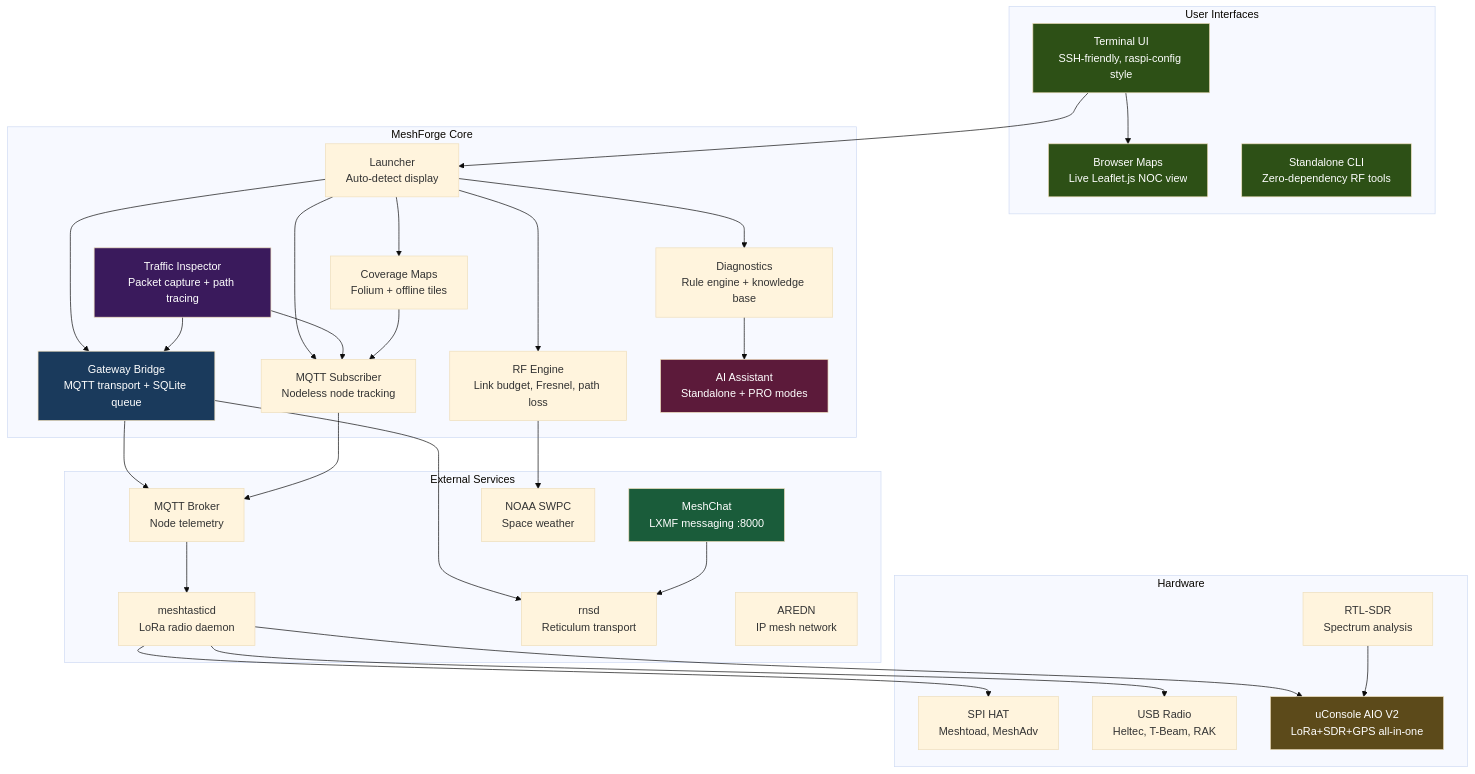
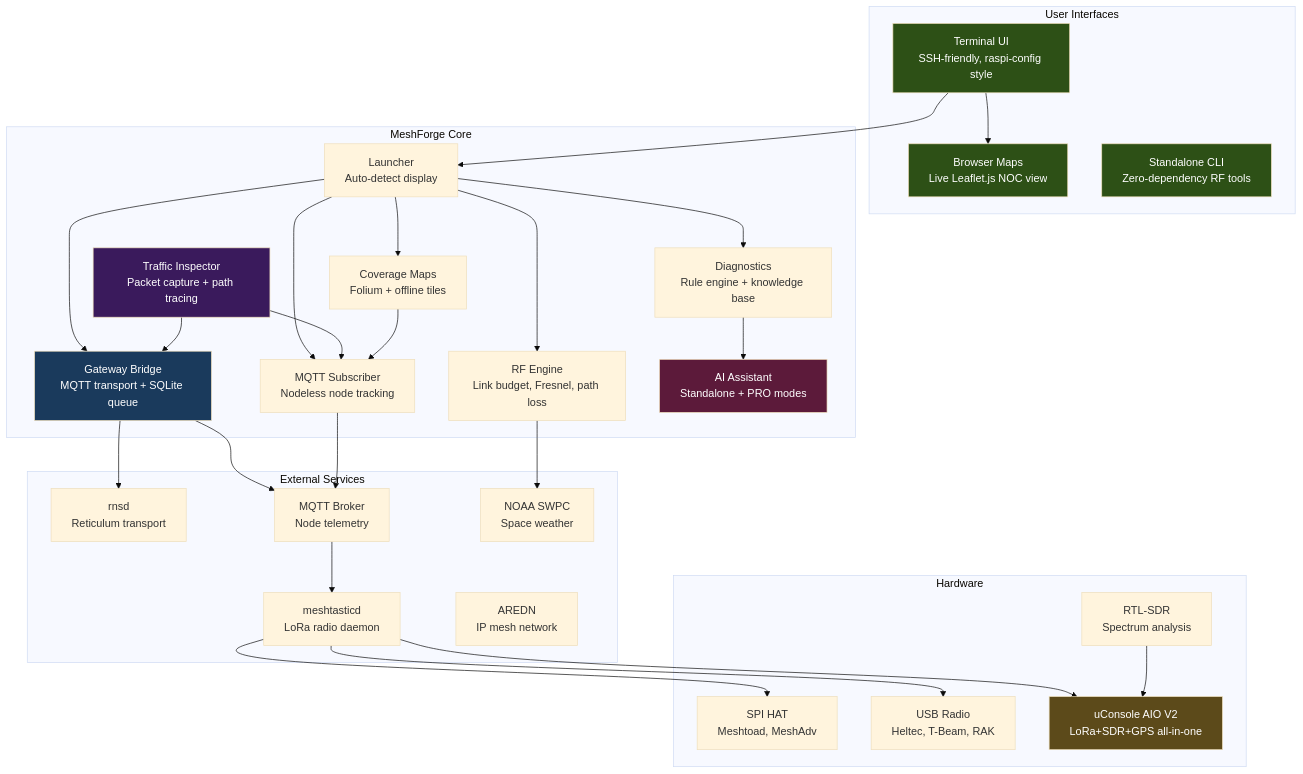
One commit to Nursedude/meshanchor changed the first of 2 diagrams in README.md. Above: the diagram before and after it, drawn with Mermaid (base theme). The commit also changed other lines of this file, not shown here.

First line of the commit message:
docs: Update README.md — remove MeshChat, bump to v0.5.5-beta

````diff
--- a/README.md
+++ b/README.md
@@ -372,68 +371,65 @@
 ```mermaid
 graph TB
     subgraph User Interfaces
         TUI[Terminal UI<br>SSH-friendly, raspi-config style]
         BROWSER[Browser Maps<br>Live Leaflet.js NOC view]
         CLI[Standalone CLI<br>Zero-dependency RF tools]
     end
 
     subgraph MeshForge Core
         LAUNCHER[Launcher<br>Auto-detect display]
         GATEWAY[Gateway Bridge<br>MQTT transport + SQLite queue]
         MONITOR[MQTT Subscriber<br>Nodeless node tracking]
         TRAFFIC[Traffic Inspector<br>Packet capture + path tracing]
         MAPS[Coverage Maps<br>Folium + offline tiles]
         RF[RF Engine<br>Link budget, Fresnel, path loss]
         DIAG[Diagnostics<br>Rule engine + knowledge base]
         AI[AI Assistant<br>Standalone + PRO modes]
     end
 
     subgraph External Services
         MESHTASTICD[meshtasticd<br>LoRa radio daemon]
         RNSD[rnsd<br>Reticulum transport]
-        MESHCHAT[MeshChat<br>LXMF messaging :8000]
         AREDN_NET[AREDN<br>IP mesh network]
         MQTT[MQTT Broker<br>Node telemetry]
         NOAA[NOAA SWPC<br>Space weather]
     end
 
     subgraph Hardware
         SPI[SPI HAT<br>Meshtoad, MeshAdv]
         USB[USB Radio<br>Heltec, T-Beam, RAK]
         SDR[RTL-SDR<br>Spectrum analysis]
         UCONSOLE[uConsole AIO V2<br>LoRa+SDR+GPS all-in-one]
     end
 
     TUI --> LAUNCHER
     TUI --> BROWSER
     LAUNCHER --> GATEWAY
     LAUNCHER --> MONITOR
     LAUNCHER --> MAPS
     LAUNCHER --> RF
     LAUNCHER --> DIAG
     DIAG --> AI
 
     GATEWAY --> MQTT
     GATEWAY --> RNSD
-    MESHCHAT --> RNSD
     MONITOR --> MQTT
     MQTT --> MESHTASTICD
     TRAFFIC --> GATEWAY
     TRAFFIC --> MONITOR
     MAPS --> MONITOR
     RF --> NOAA
 
     MESHTASTICD --> SPI
     MESHTASTICD --> USB
     MESHTASTICD --> UCONSOLE
     SDR --> UCONSOLE
 
     style TUI fill:#2d5016,color:#fff
     style BROWSER fill:#2d5016,color:#fff
     style CLI fill:#2d5016,color:#fff
     style GATEWAY fill:#1a3a5c,color:#fff
-    style MESHCHAT fill:#1a5c3a,color:#fff
     style TRAFFIC fill:#3a1a5c,color:#fff
     style AI fill:#5c1a3a,color:#fff
     style UCONSOLE fill:#5c4a1a,color:#fff
 ```
````
